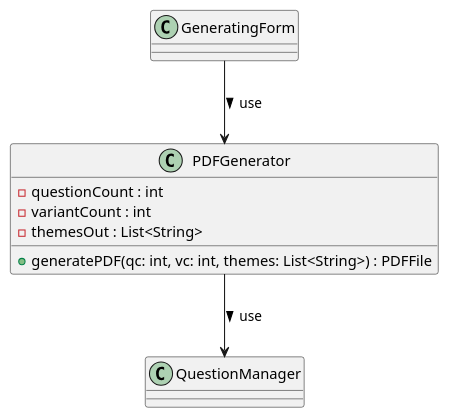
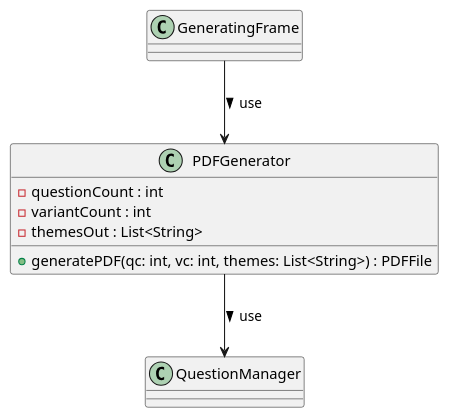
One commit to earring/testgenerator changed the diagram in diags/classes/generation.puml. Above: the diagram before and after it, drawn with PlantUML. The commit also changed 4 other files, not shown here.

Commit message:
#25 Изменены диаграмма классов форм, в остальных незначительные правки. Forms теперь Frames

```diff
--- a/diags/classes/generation.puml
+++ b/diags/classes/generation.puml
@@ -1,11 +1,11 @@
 @startuml
 class PDFGenerator {
     -questionCount : int
     -variantCount : int
     -themesOut : List<String>
     +generatePDF(qc: int, vc: int, themes: List<String>) : PDFFile
 }
 
-GeneratingForm --> PDFGenerator : use >
+GeneratingFrame --> PDFGenerator : use >
 PDFGenerator --> QuestionManager : use >
 @enduml
```
